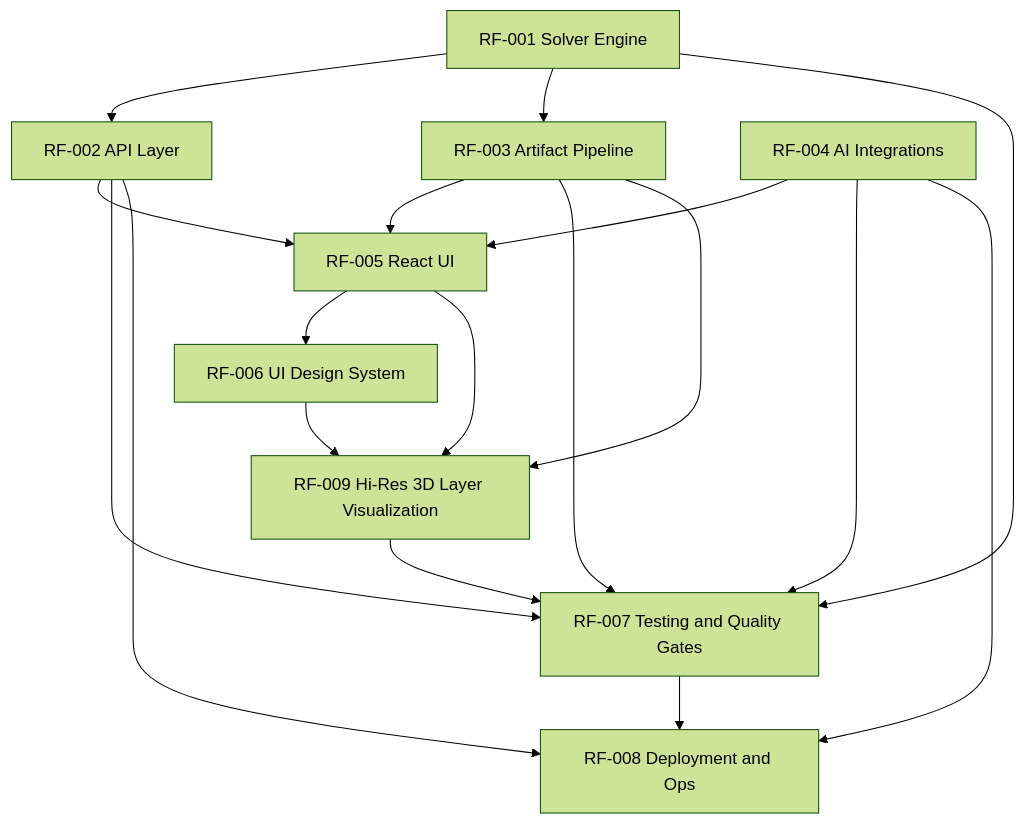
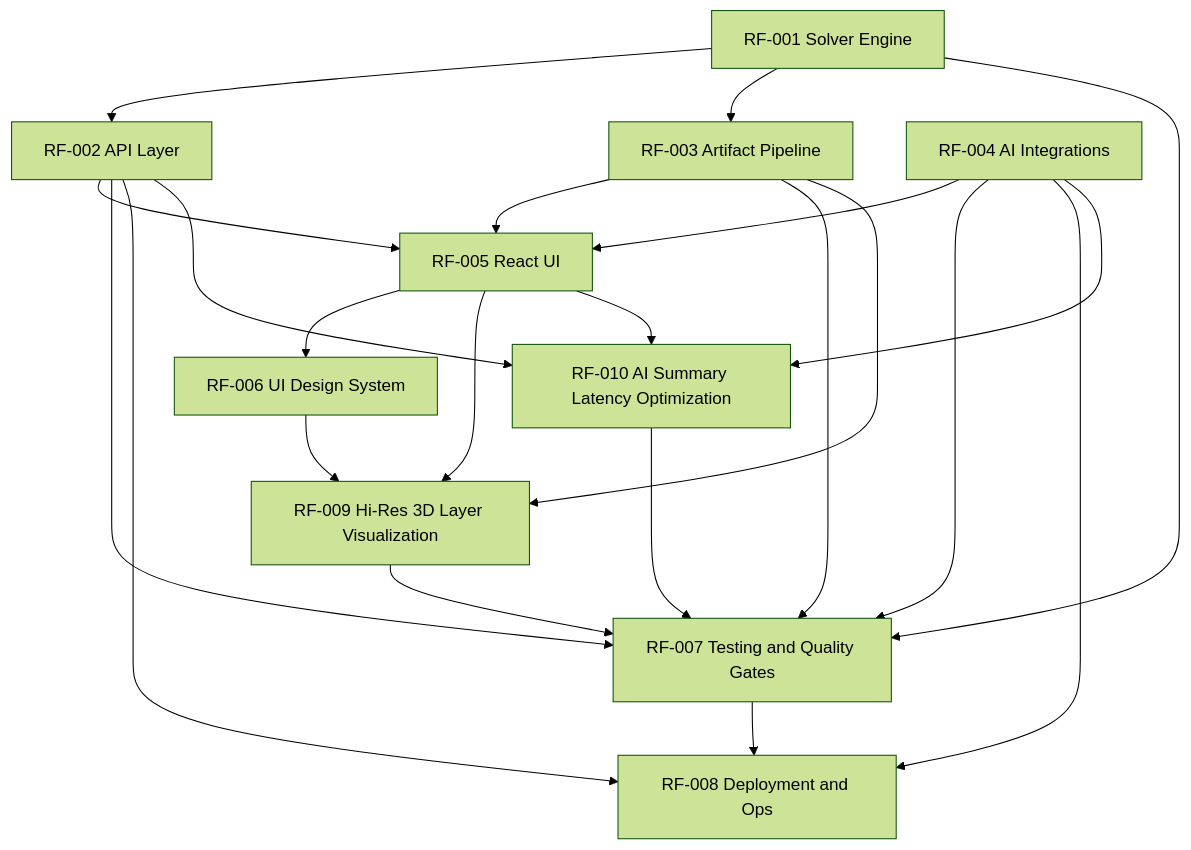
The diagram in specs/features/FEATURE_CATALOG.md (CB-Mjtripathi/Pallet_Coach_SDD), drawn with Mermaid (forest theme) before and after one commit. The commit also changed other lines of this file and 25 other files, not shown here.

````diff
--- a/specs/features/FEATURE_CATALOG.md
+++ b/specs/features/FEATURE_CATALOG.md
@@ -58,20 +60,24 @@
 ```mermaid
 graph TD
     RF001[RF-001 Solver Engine] --> RF002[RF-002 API Layer]
     RF001 --> RF003[RF-003 Artifact Pipeline]
     RF002 --> RF005[RF-005 React UI]
     RF003 --> RF005
     RF004[RF-004 AI Integrations] --> RF005
     RF005 --> RF006[RF-006 UI Design System]
     RF001 --> RF007[RF-007 Testing and Quality Gates]
     RF002 --> RF007
     RF003 --> RF007
     RF004 --> RF007
     RF002 --> RF008[RF-008 Deployment and Ops]
     RF004 --> RF008
     RF007 --> RF008
     RF003 --> RF009[RF-009 Hi-Res 3D Layer Visualization]
     RF005 --> RF009
     RF006 --> RF009
     RF009 --> RF007
+    RF002 --> RF010[RF-010 AI Summary Latency Optimization]
+    RF004 --> RF010
+    RF005 --> RF010
+    RF010 --> RF007
 ```
````
